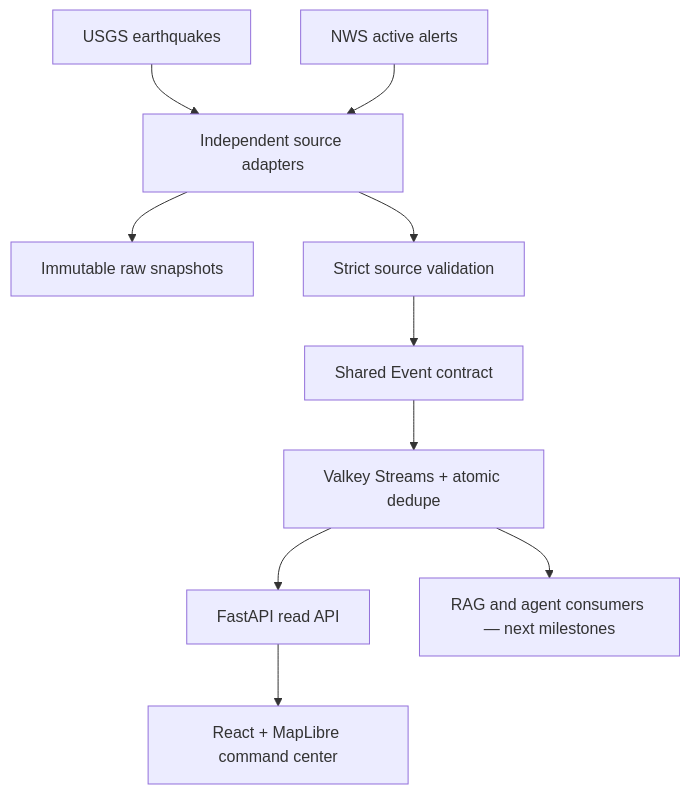
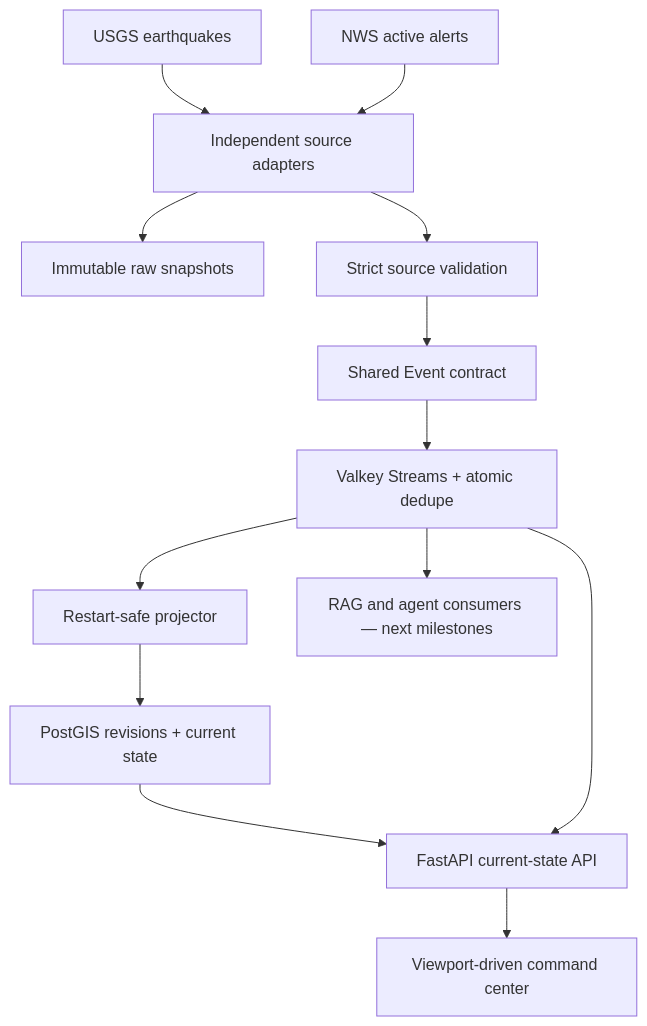
The diagram in README.md (Thivas12/atlas-pulse), drawn with Mermaid before and after one commit. The commit also changed other lines of this file and 34 other files, not shown here.

First line of the commit message:
feat: add durable PostGIS signal projection (#15)

````diff
--- a/README.md
+++ b/README.md
@@ -32,12 +35,15 @@
 ```mermaid
 flowchart TD
     USGS["USGS earthquakes"] --> Adapters["Independent source adapters"]
     NWS["NWS active alerts"] --> Adapters
     Adapters --> Raw["Immutable raw snapshots"]
     Adapters --> Validate["Strict source validation"]
     Validate --> Contract["Shared Event contract"]
     Contract --> Stream["Valkey Streams + atomic dedupe"]
-    Stream --> API["FastAPI read API"]
-    API --> Web["React + MapLibre command center"]
+    Stream --> Projector["Restart-safe projector"]
+    Projector --> PostGIS["PostGIS revisions + current state"]
+    PostGIS --> API["FastAPI current-state API"]
+    Stream --> API
+    API --> Web["Viewport-driven command center"]
     Stream --> Agents["RAG and agent consumers — next milestones"]
 ```
````
